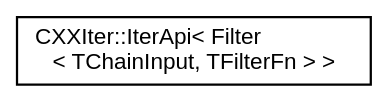
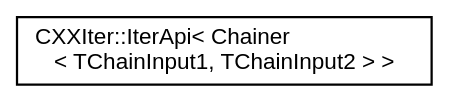
One commit to seijikun/CXXIter changed the diagram in inherit_graph_1.dot. Above: the diagram before and after it, drawn with Graphviz. The commit also changed 54 other files, not shown here.

```diff
--- a/inherit_graph_1.dot
+++ b/inherit_graph_1.dot
@@ -1,10 +1,10 @@
 digraph "Graphical Class Hierarchy"
 {
  // INTERACTIVE_SVG=YES
  // LATEX_PDF_SIZE
   bgcolor="transparent";
   edge [fontname="Helvetica",fontsize="10",labelfontname="Helvetica",labelfontsize="10"];
   node [fontname="Helvetica",fontsize="10",shape=record];
   rankdir="LR";
-  Node0 [label="CXXIter::IterApi\< Filter\l\< TChainInput, TFilterFn \> \>",height=0.2,width=0.4,color="black",URL="$classCXXIter_1_1IterApi.html",tooltip=" "];
+  Node0 [label="CXXIter::IterApi\< Chainer\l\< TChainInput1, TChainInput2 \> \>",height=0.2,width=0.4,color="black",URL="$classCXXIter_1_1IterApi.html",tooltip=" "];
 }
```
